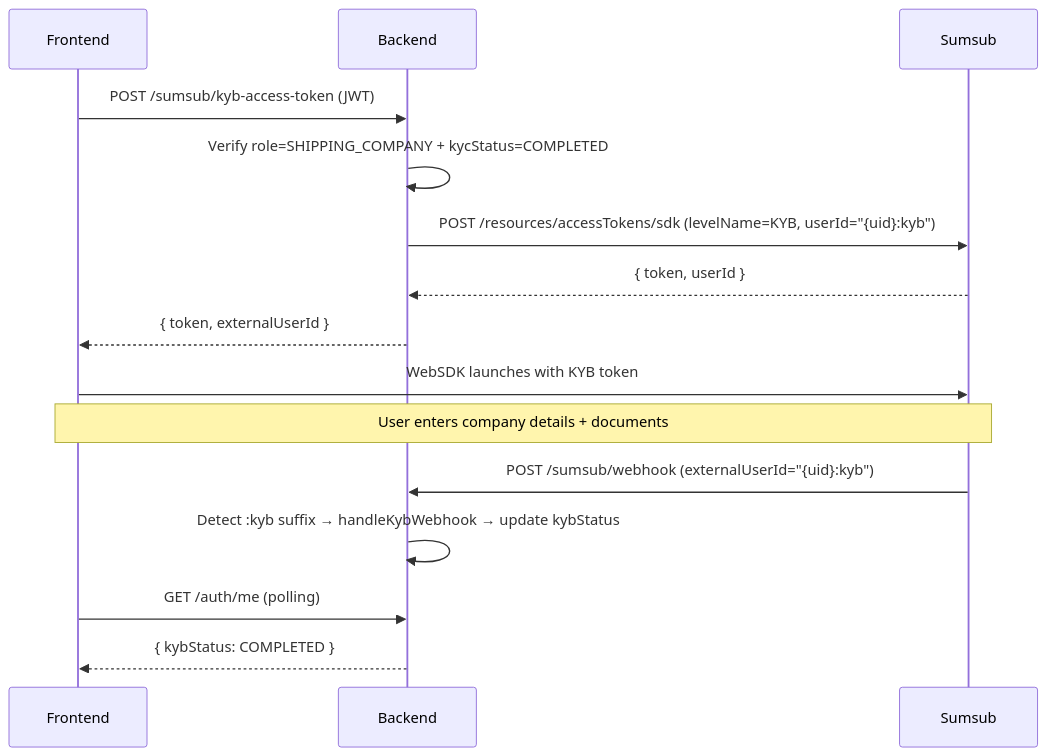
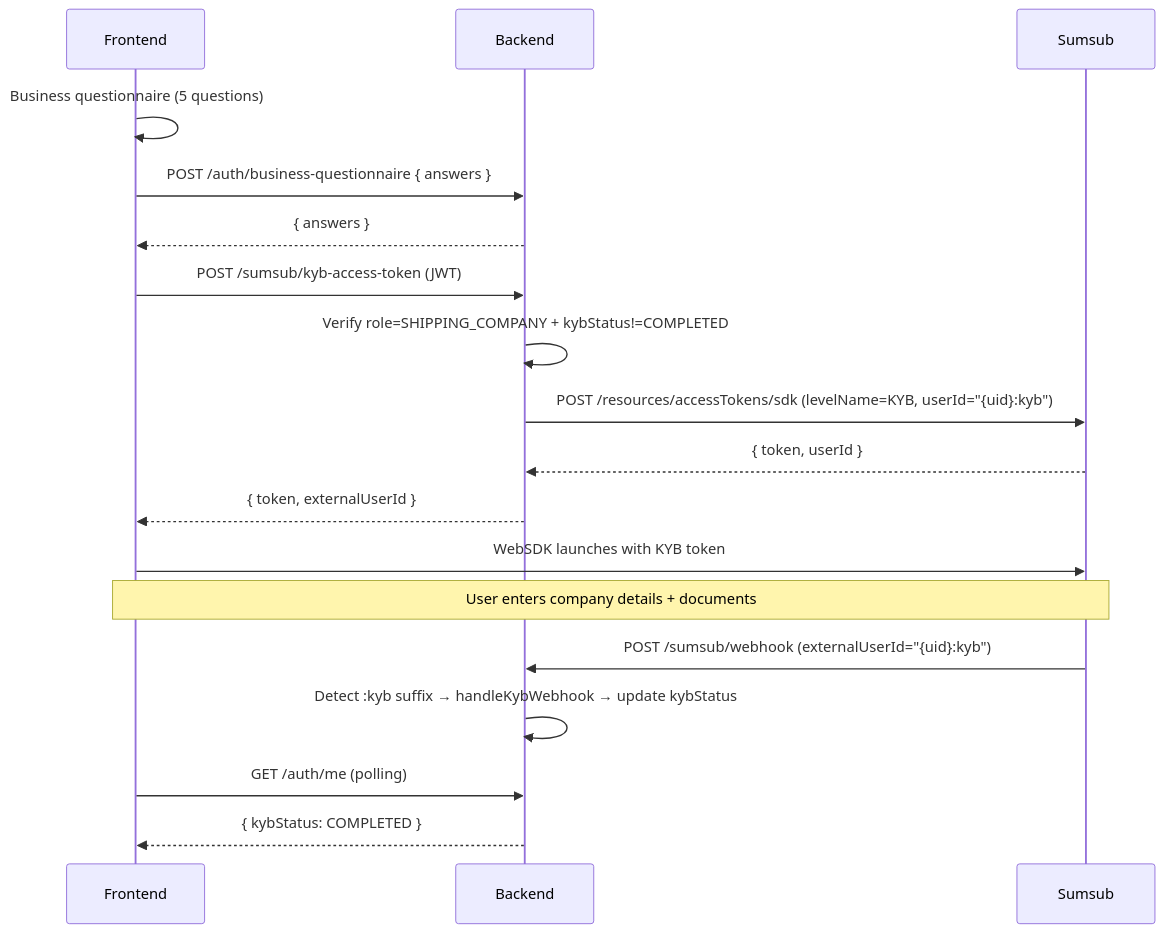
Before and after one commit to wildanzrrr/stellar-shipping-collateral: the second of 2 diagrams in frontend/docs/sumsub.md, drawn with Mermaid. The commit also changed other lines of this file and 28 other files, not shown here.

````diff
--- a/frontend/docs/sumsub.md
+++ b/frontend/docs/sumsub.md
@@ -174,18 +190,21 @@
 ```mermaid
 sequenceDiagram
   participant FE as Frontend
   participant BE as Backend
   participant SS as Sumsub
 
+  FE->>FE: Business questionnaire (5 questions)
+  FE->>BE: POST /auth/business-questionnaire { answers }
+  BE-->>FE: { answers }
   FE->>BE: POST /sumsub/kyb-access-token (JWT)
-  BE->>BE: Verify role=SHIPPING_COMPANY + kycStatus=COMPLETED
+  BE->>BE: Verify role=SHIPPING_COMPANY + kybStatus!=COMPLETED
   BE->>SS: POST /resources/accessTokens/sdk (levelName=KYB, userId="{uid}:kyb")
   SS-->>BE: { token, userId }
   BE-->>FE: { token, externalUserId }
   FE->>SS: WebSDK launches with KYB token
   Note over FE,SS: User enters company details + documents
   SS->>BE: POST /sumsub/webhook (externalUserId="{uid}:kyb")
   BE->>BE: Detect :kyb suffix → handleKybWebhook → update kybStatus
   FE->>BE: GET /auth/me (polling)
   BE-->>FE: { kybStatus: COMPLETED }
 ```
````
